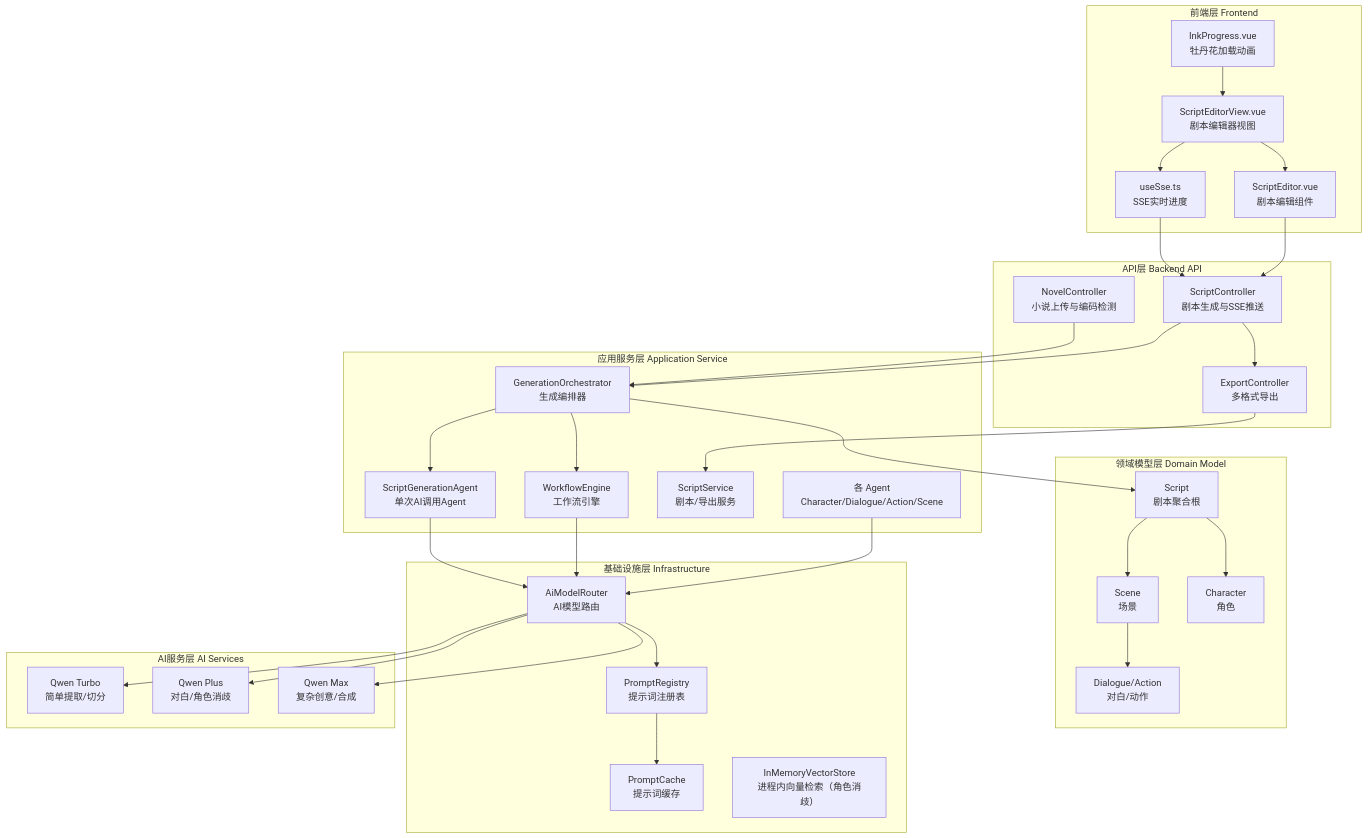
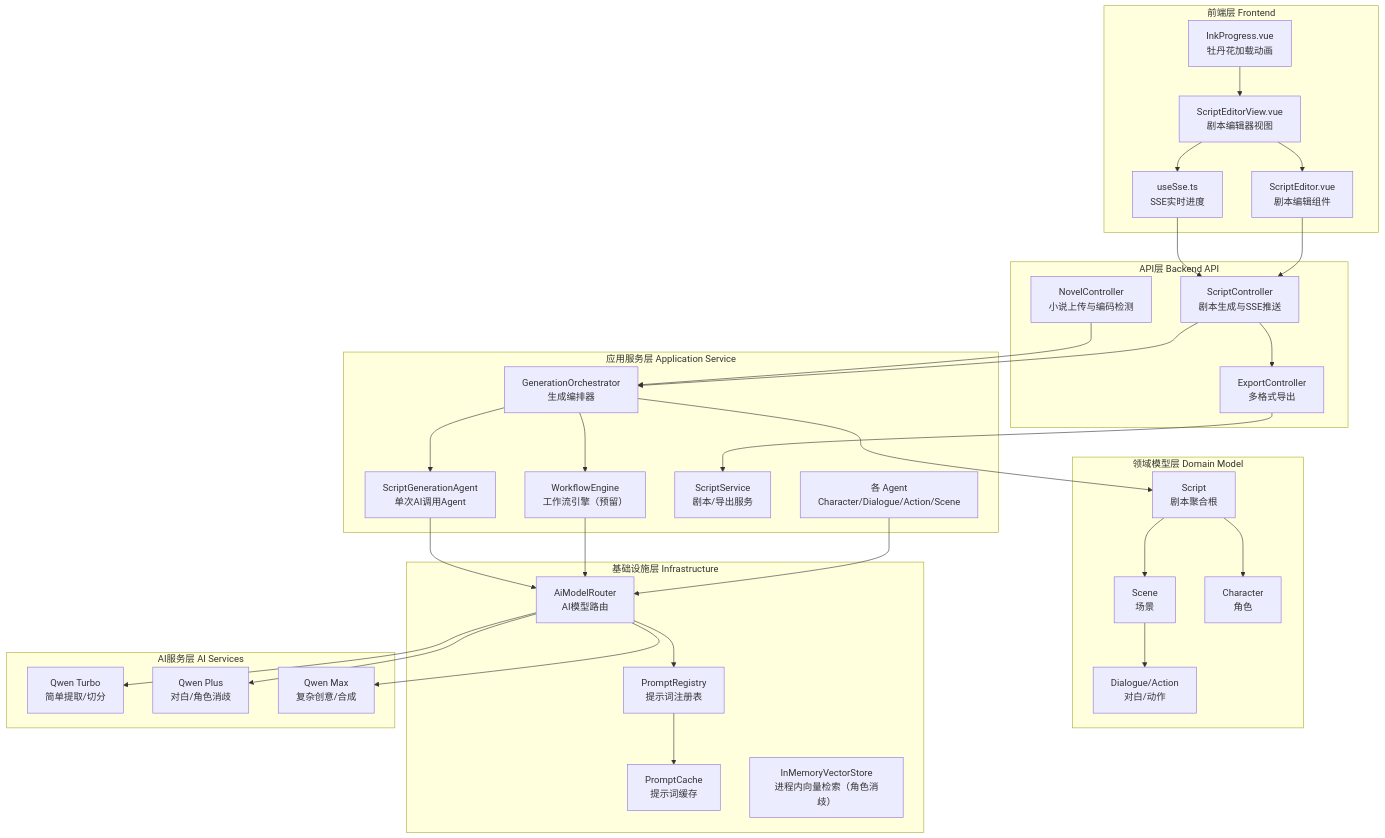
One commit to Mr-123321/Novel2Script changed the first of 2 diagrams in README.md. Above: the diagram before and after it, drawn with Mermaid. The commit also changed other lines of this file, not shown here.

````diff
--- a/README.md
+++ b/README.md
@@ -172,67 +189,67 @@
 ```mermaid
 graph TB
     subgraph "前端层 Frontend"
         A["ScriptEditorView.vue<br/>剧本编辑器视图"]
         B["useSse.ts<br/>SSE实时进度"]
         C["ScriptEditor.vue<br/>剧本编辑组件"]
         D["InkProgress.vue<br/>牡丹花加载动画"]
     end
 
     subgraph "API层 Backend API"
         E["NovelController<br/>小说上传与编码检测"]
         F["ScriptController<br/>剧本生成与SSE推送"]
         G["ExportController<br/>多格式导出"]
     end
 
     subgraph "应用服务层 Application Service"
         H["GenerationOrchestrator<br/>生成编排器"]
         I["ScriptGenerationAgent<br/>单次AI调用Agent"]
-        J["WorkflowEngine<br/>工作流引擎"]
+        J["WorkflowEngine<br/>工作流引擎（预留）"]
         K["ScriptService<br/>剧本/导出服务"]
         L["各 Agent<br/>Character/Dialogue/Action/Scene"]
     end
 
     subgraph "领域模型层 Domain Model"
         M["Script<br/>剧本聚合根"]
         N["Scene<br/>场景"]
         O["Character<br/>角色"]
         P["Dialogue/Action<br/>对白/动作"]
     end
 
     subgraph "基础设施层 Infrastructure"
         Q["AiModelRouter<br/>AI模型路由"]
         R["PromptRegistry<br/>提示词注册表"]
         S["PromptCache<br/>提示词缓存"]
         T["InMemoryVectorStore<br/>进程内向量检索（角色消歧）"]
     end
 
     subgraph "AI服务层 AI Services"
         U["Qwen Turbo<br/>简单提取/切分"]
         V["Qwen Plus<br/>对白/角色消歧"]
         W["Qwen Max<br/>复杂创意/合成"]
     end
 
     A --> B
     A --> C
     B --> F
     C --> F
     D --> A
     E --> H
     F --> H
     F --> G
     G --> K
     H --> I
     H --> J
     I --> Q
     J --> Q
     L --> Q
     Q --> R
     Q --> U
     Q --> V
     Q --> W
     R --> S
     H --> M
     M --> N
     M --> O
     N --> P
 ```
````
